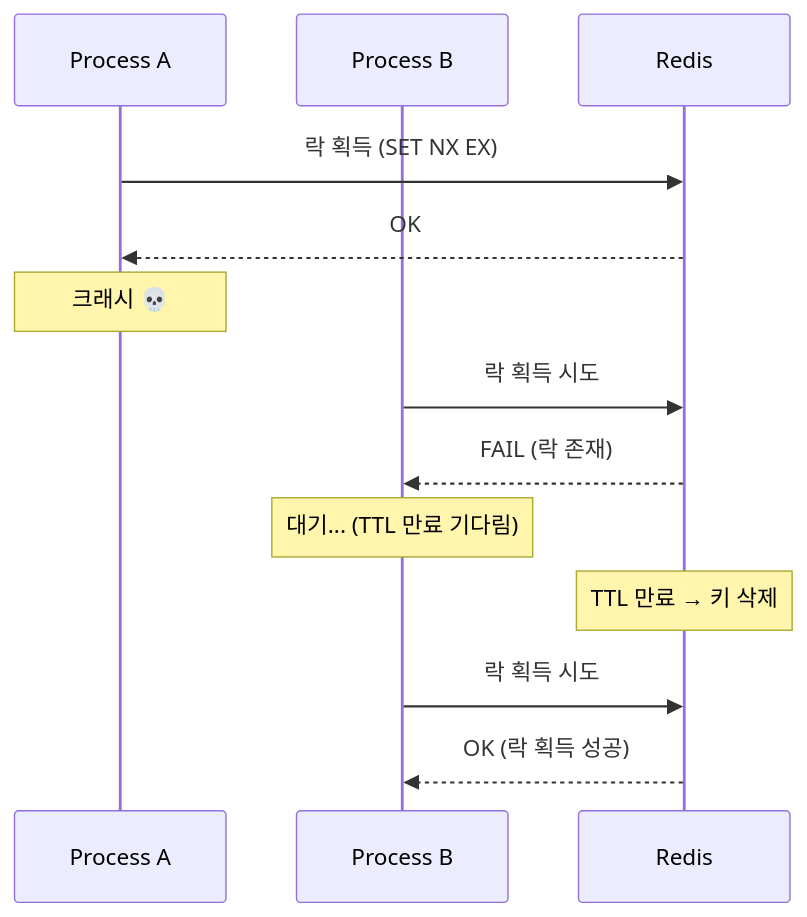
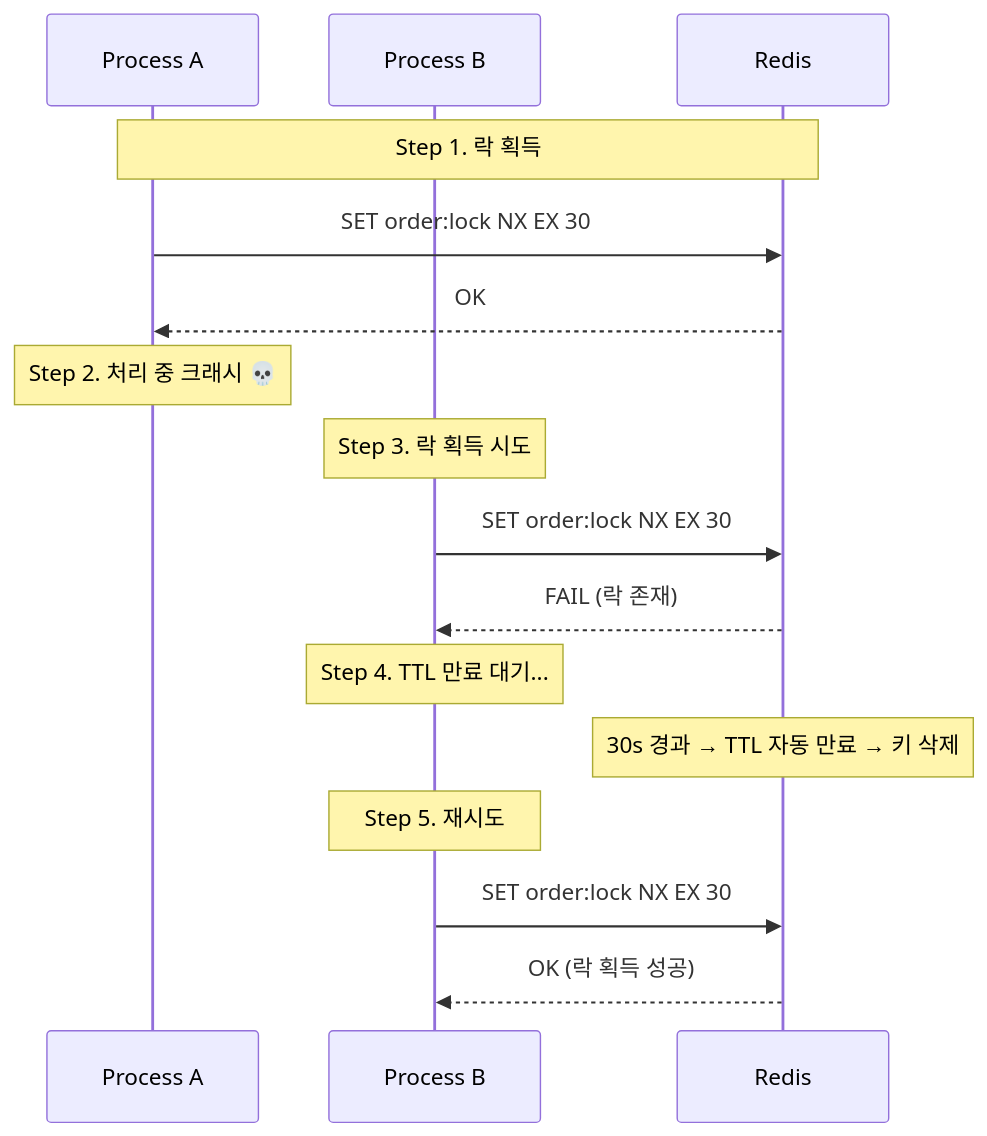
Before and after one commit to yjkim2015/yjkim2015.github.io: the ninth of 15 diagrams in _posts/redis/2026-05-01-redis-distributed-lock.md, drawn with Mermaid. The commit also changed other lines of this file and 63 other files, not shown here.

```diff
--- a/_posts/redis/2026-05-01-redis-distributed-lock.md
+++ b/_posts/redis/2026-05-01-redis-distributed-lock.md
@@ -160,16 +693,23 @@
 <div class="mermaid">
 sequenceDiagram
     participant A as Process A
     participant B as Process B
     participant R as Redis
 
-    A->>R: 락 획득 (SET NX EX)
+    Note over A,R: Step 1. 락 획득
+    A->>R: SET order:lock NX EX 30
     R-->>A: OK
-    Note over A: 크래시 💀
-    B->>R: 락 획득 시도
+
+    Note over A: Step 2. 처리 중 크래시 💀
+
+    Note over B: Step 3. 락 획득 시도
+    B->>R: SET order:lock NX EX 30
     R-->>B: FAIL (락 존재)
-    Note over B: 대기... (TTL 만료 기다림)
-    Note over R: TTL 만료 → 키 삭제
-    B->>R: 락 획득 시도
+
+    Note over B: Step 4. TTL 만료 대기...
+    Note over R: 30s 경과 → TTL 자동 만료 → 키 삭제
+
+    Note over B: Step 5. 재시도
+    B->>R: SET order:lock NX EX 30
     R-->>B: OK (락 획득 성공)
 </div>
```
